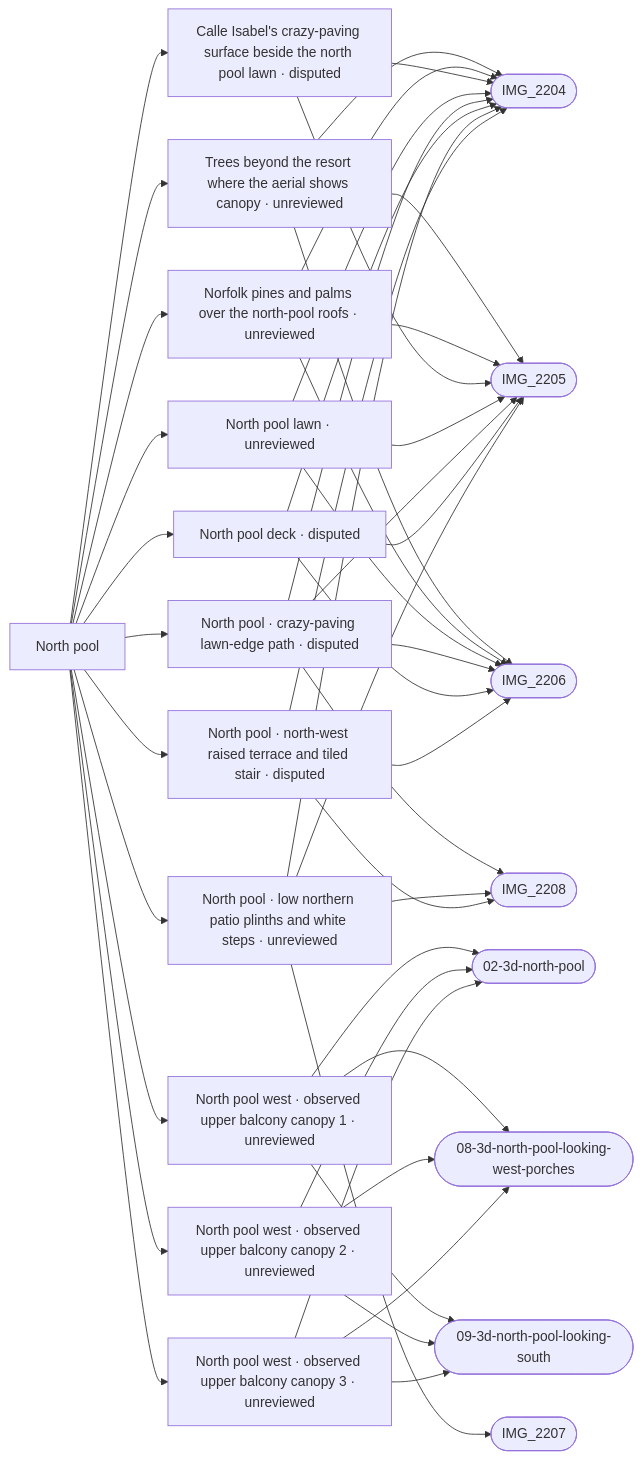
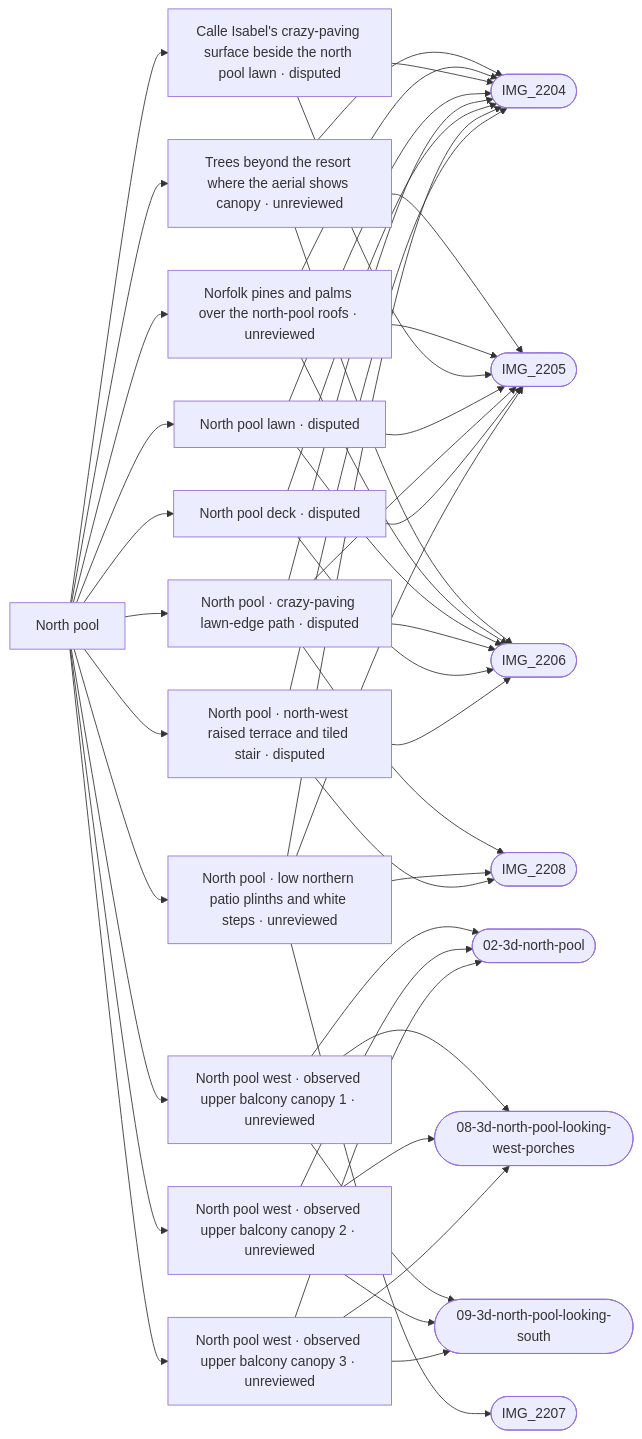
One commit to daveyboyc/villacana-venture changed the diagram in refs/areas/north-pool.md. Above: the diagram before and after it, drawn with Mermaid. The commit also changed other lines of this file and 30 other files, not shown here.

First line of the commit message:
North pool ground plan complete: hedges as the lawn's south edge, south-west and gap paths, tree and yucca moved

````diff
--- a/refs/areas/north-pool.md
+++ b/refs/areas/north-pool.md
@@ -63,49 +65,49 @@
 ```mermaid
 graph LR
   A["North pool"]
   A --> F0["Trees beyond the resort where the aerial shows canopy · unreviewed"]
   F0 --> PIMG_2204_jpg(["IMG_2204"])
   F0 --> PIMG_2205_jpg(["IMG_2205"])
   F0 --> PIMG_2206_jpg(["IMG_2206"])
   A --> F1["Norfolk pines and palms over the north-pool roofs · unreviewed"]
   F1 --> PIMG_2204_jpg(["IMG_2204"])
   F1 --> PIMG_2205_jpg(["IMG_2205"])
   F1 --> PIMG_2206_jpg(["IMG_2206"])
   A --> F2["Calle Isabel's crazy-paving surface beside the north pool lawn · disputed"]
   F2 --> PIMG_2204_jpg(["IMG_2204"])
   F2 --> PIMG_2205_jpg(["IMG_2205"])
-  A --> F3["North pool lawn · unreviewed"]
+  A --> F3["North pool lawn · disputed"]
   F3 --> PIMG_2204_jpg(["IMG_2204"])
   F3 --> PIMG_2205_jpg(["IMG_2205"])
   F3 --> PIMG_2206_jpg(["IMG_2206"])
   A --> F4["North pool · crazy-paving lawn-edge path · disputed"]
   F4 --> PIMG_2204_jpg(["IMG_2204"])
   F4 --> PIMG_2205_jpg(["IMG_2205"])
   F4 --> PIMG_2206_jpg(["IMG_2206"])
   F4 --> PIMG_2208_jpg(["IMG_2208"])
   A --> F5["North pool west · observed upper balcony canopy 1 · unreviewed"]
   F5 --> Pref_apple_maps_02_3d_north_pool_png(["02-3d-north-pool"])
   F5 --> Pref_apple_maps_08_3d_north_pool_looking_west_porches_png(["08-3d-north-pool-looking-west-porches"])
   F5 --> Pref_apple_maps_09_3d_north_pool_looking_south_png(["09-3d-north-pool-looking-south"])
   A --> F6["North pool west · observed upper balcony canopy 2 · unreviewed"]
   F6 --> Pref_apple_maps_02_3d_north_pool_png(["02-3d-north-pool"])
   F6 --> Pref_apple_maps_08_3d_north_pool_looking_west_porches_png(["08-3d-north-pool-looking-west-porches"])
   F6 --> Pref_apple_maps_09_3d_north_pool_looking_south_png(["09-3d-north-pool-looking-south"])
   A --> F7["North pool west · observed upper balcony canopy 3 · unreviewed"]
   F7 --> Pref_apple_maps_02_3d_north_pool_png(["02-3d-north-pool"])
   F7 --> Pref_apple_maps_08_3d_north_pool_looking_west_porches_png(["08-3d-north-pool-looking-west-porches"])
   F7 --> Pref_apple_maps_09_3d_north_pool_looking_south_png(["09-3d-north-pool-looking-south"])
   A --> F8["North pool deck · disputed"]
   F8 --> PIMG_2204_jpg(["IMG_2204"])
   F8 --> PIMG_2205_jpg(["IMG_2205"])
   F8 --> PIMG_2206_jpg(["IMG_2206"])
   A --> F9["North pool · low northern patio plinths and white steps · unreviewed"]
   F9 --> PIMG_2204_jpg(["IMG_2204"])
   F9 --> PIMG_2205_jpg(["IMG_2205"])
   F9 --> PIMG_2207_jpg(["IMG_2207"])
   F9 --> PIMG_2208_jpg(["IMG_2208"])
   A --> F10["North pool · north-west raised terrace and tiled stair · disputed"]
   F10 --> PIMG_2204_jpg(["IMG_2204"])
   F10 --> PIMG_2206_jpg(["IMG_2206"])
   F10 --> PIMG_2208_jpg(["IMG_2208"])
 ```
````
